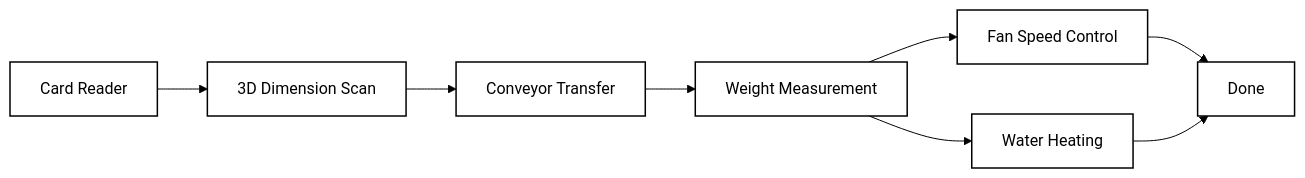
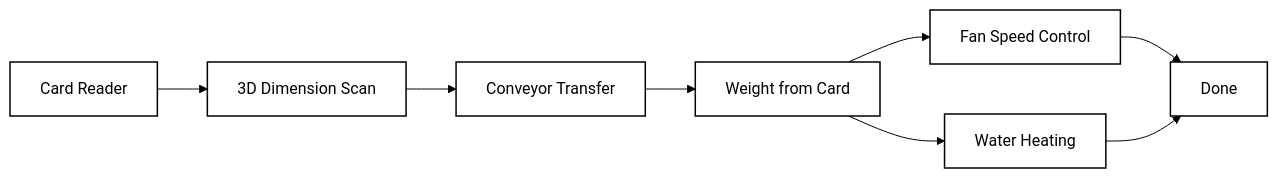
One commit to Teera235/INC-MINI-project changed the first of 5 diagrams in README.md. Above: the diagram before and after it, drawn with Mermaid. The commit also changed other lines of this file, not shown here.

Commit message:
Docs: update for no-calibration boot, card-resolved weight, live bit display, feed-forward fan

````diff
--- a/README.md
+++ b/README.md
@@ -28,14 +28,14 @@
 ```mermaid
 %%{init: {'theme':'base','themeVariables':{'primaryColor':'#ffffff','primaryBorderColor':'#000000','primaryTextColor':'#000000','lineColor':'#000000','secondaryColor':'#f5f5f5','clusterBkg':'#fafafa','clusterBorder':'#000000'}}}%%
 flowchart LR
     A[Card Reader] --> B[3D Dimension Scan]
     B --> C[Conveyor Transfer]
-    C --> D[Weight Measurement]
+    C --> D[Weight from Card]
     D --> E[Fan Speed Control]
     D --> F[Water Heating]
     E --> G[Done]
     F --> G
 
     classDef node fill:#ffffff,stroke:#000000,stroke-width:1.5px,color:#000000;
     class A,B,C,D,E,F,G node;
 ```
````
